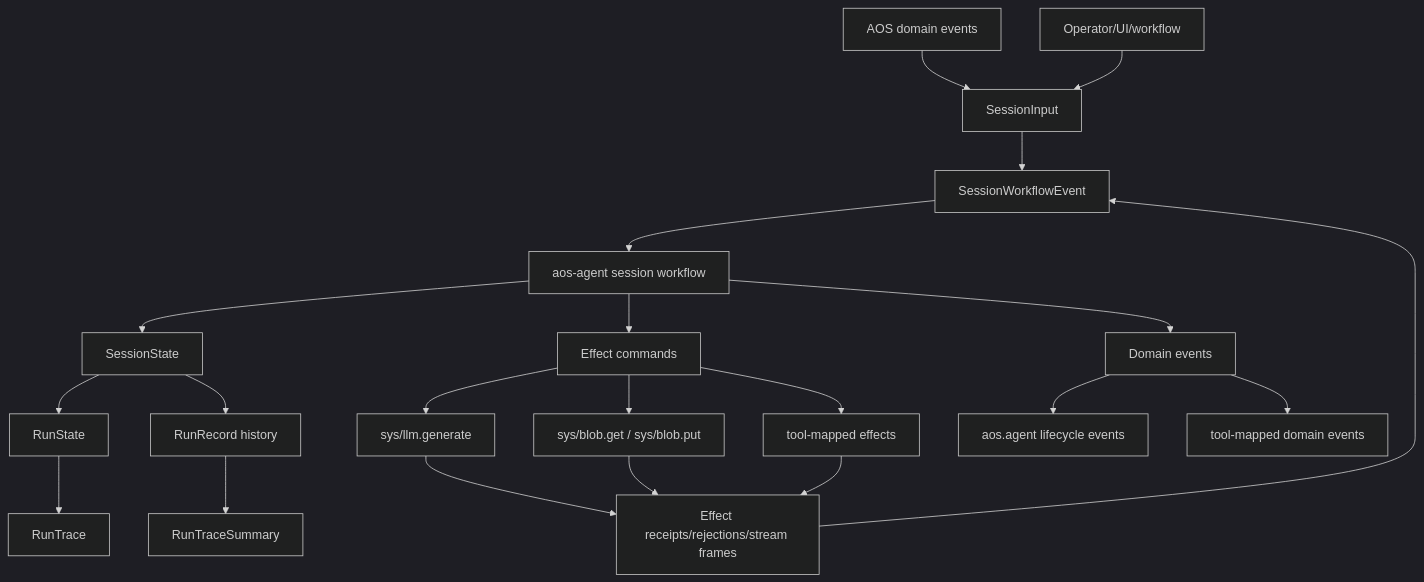
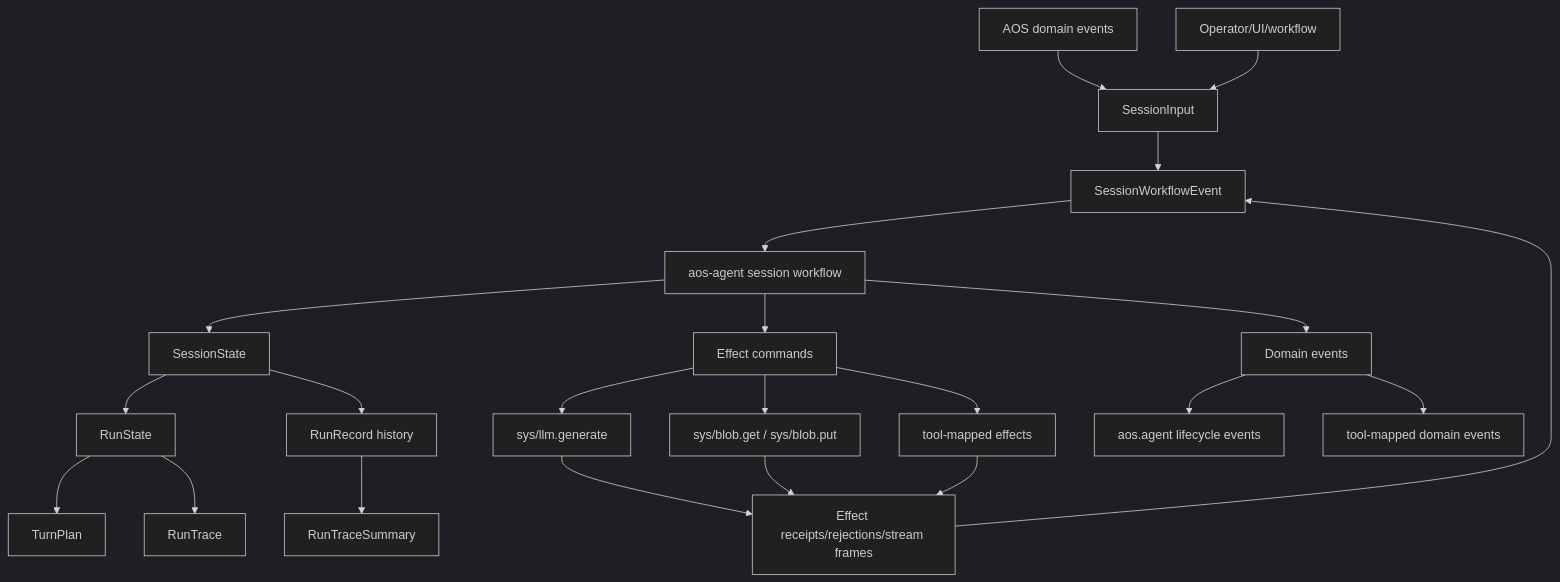
The first of 22 diagrams in roadmap/v0.30-agent/visual-guide.md (smartcomputer-ai/agent-os), drawn with Mermaid (dark theme) before and after one commit. The commit also changed other lines of this file, not shown here.

````diff
--- a/roadmap/v0.30-agent/visual-guide.md
+++ b/roadmap/v0.30-agent/visual-guide.md
@@ -42,27 +37,28 @@
 ```mermaid
 flowchart TD
   Domain[AOS domain events] --> Input[SessionInput]
   Operator[Operator/UI/workflow] --> Input
   Receipts[Effect receipts/rejections/stream frames] --> Event[SessionWorkflowEvent]
   Input --> Event
 
   Event --> Workflow[aos-agent session workflow]
   Workflow --> State[SessionState]
   Workflow --> Effects[Effect commands]
   Workflow --> Events[Domain events]
 
   Effects --> LLM[sys/llm.generate]
   Effects --> Blob[sys/blob.get / sys/blob.put]
   Effects --> ToolEffects[tool-mapped effects]
   Events --> LifecycleEvents[aos.agent lifecycle events]
   Events --> ToolDomainEvents[tool-mapped domain events]
 
   LLM --> Receipts
   Blob --> Receipts
   ToolEffects --> Receipts
 
   State --> CurrentRun[RunState]
   State --> RunHistory[RunRecord history]
+  CurrentRun --> TurnPlan[TurnPlan]
   CurrentRun --> Trace[RunTrace]
   RunHistory --> TraceSummary[RunTraceSummary]
 ```
````
